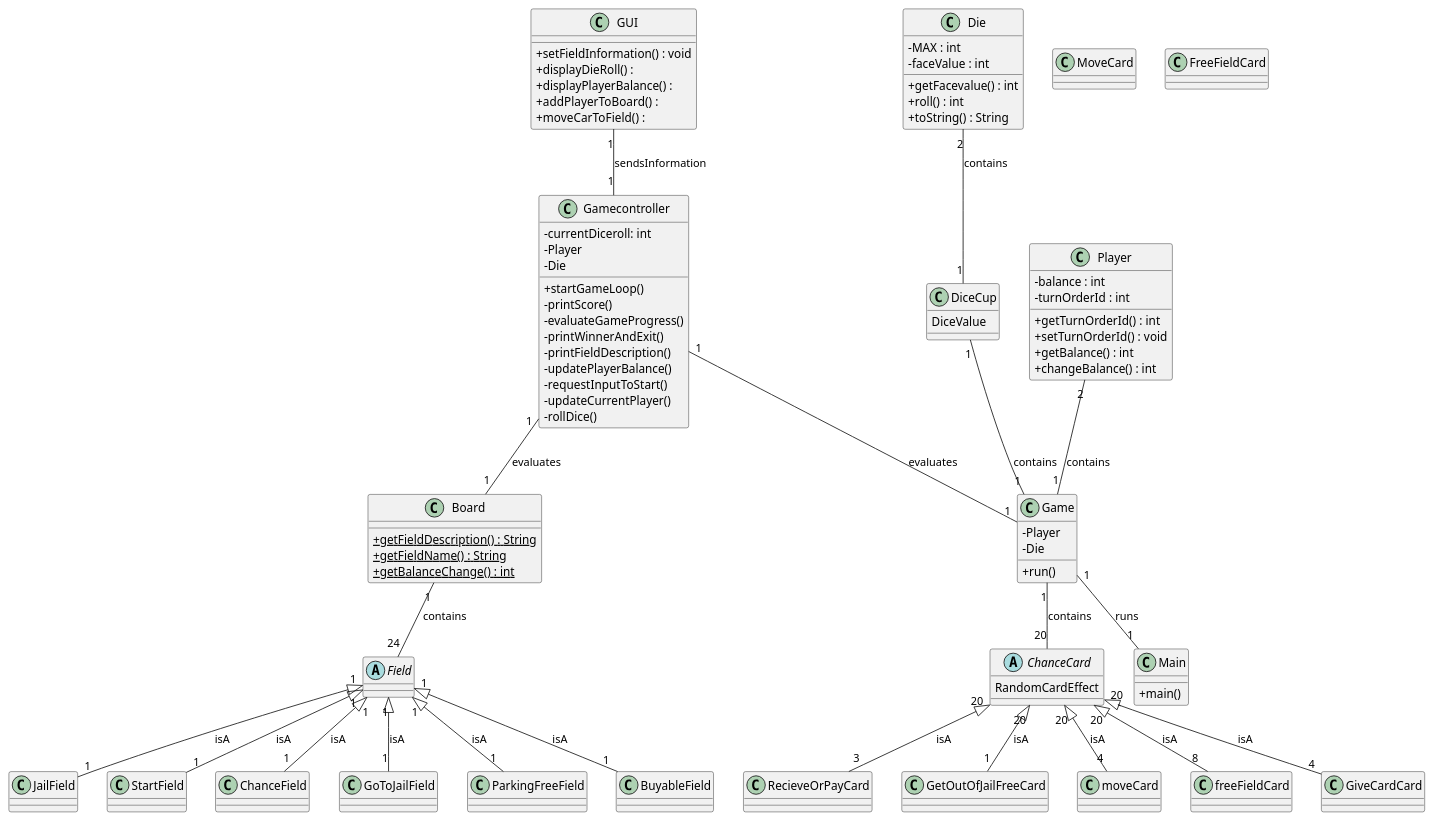
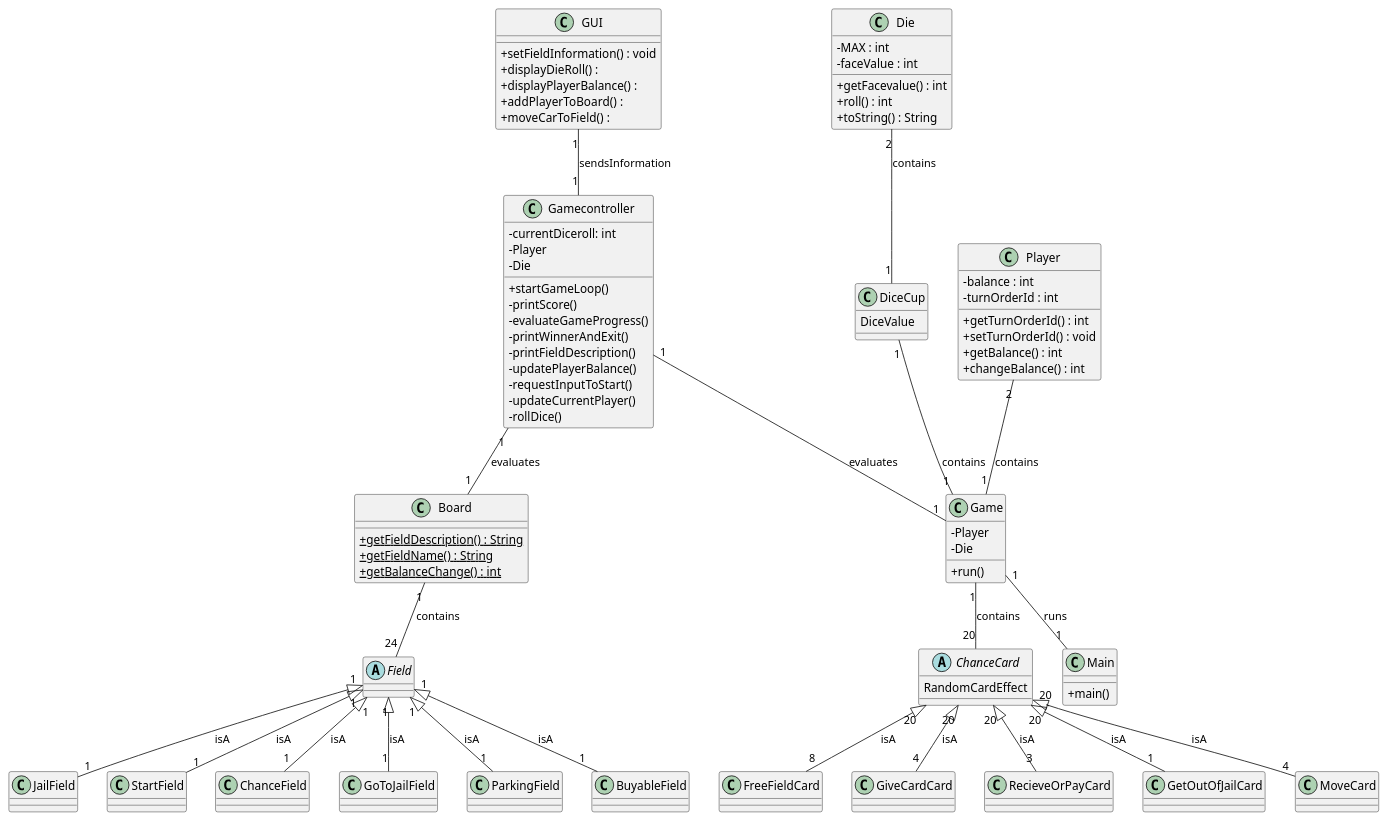
One commit to SkumJustEatMe/G05_del3 changed the diagram in src/models/DesignClassDiagram.puml. Above: the diagram before and after it, drawn with PlantUML.

Commit message:
updatede designDiagram

```diff
--- a/src/models/DesignClassDiagram.puml
+++ b/src/models/DesignClassDiagram.puml
@@ -1,108 +1,108 @@
 @startuml
 'https://plantuml.com/class-diagram
 skinparam classAttributeIconSize 0
 
 class Player{
 - balance : int
 - turnOrderId : int
 + getTurnOrderId() : int
 + setTurnOrderId() : void
 + getBalance() : int
 + changeBalance() : int
 }
 class Gamecontroller{
 - currentDiceroll: int
 - Player
 - Die
 + startGameLoop()
 - printScore()
 - evaluateGameProgress()
 -printWinnerAndExit()
 -printFieldDescription()
 -updatePlayerBalance()
 -requestInputToStart()
 -updateCurrentPlayer()
 -rollDice()
 }
 class Game{
 - Player
 - Die
 + run()
 }
 class Die{
 - MAX : int
 - faceValue : int
 +getFacevalue() : int
 +roll() : int
 +toString() : String
 }
 class Board{
 {static}+ getFieldDescription() : String
 {static}+ getFieldName() : String
 {static}+ getBalanceChange() : int
 }
 class Main{
 + main()
 }
 class GUI{
 +setFieldInformation() : void
 +displayDieRoll() :
 +displayPlayerBalance() :
 +addPlayerToBoard() :
 +moveCarToField() :
 }
 
 abstract class ChanceCard{
 RandomCardEffect
 }
 
 class MoveCard{}
 
 class FreeFieldCard{}
 
 class GiveCardCard{}
 
 class RecieveOrPayCard{}
 
-class GetOutOfJailFreeCard{}
+class GetOutOfJailCard{}
 
 class DiceCup{
 DiceValue
 }
 
 abstract class Field{}
 
 class JailField{}
 
 class StartField{}
 
 class ChanceField{}
 
 class GoToJailField{}
 
-class ParkingFreeField{}
+class ParkingField{}
 
 class BuyableField{}
 
 Die "2"--"1" DiceCup : contains
 DiceCup "1" -- "1" Game : contains
 Gamecontroller "1"--"1" Game : evaluates
 Gamecontroller "1"--"1" Board : evaluates
 Game "1"--"1" Main : runs
 Player "2"--"1" Game : contains
 GUI"1" -- "1"Gamecontroller : sendsInformation
 Board "1" -- "24" Field : contains
 Game "1" -- "20" ChanceCard : contains
 Field "1" <|-- "1" JailField : isA
 Field "1" <|-- "1" StartField : isA
 Field "1" <|-- "1" ChanceField : isA
 Field "1" <|-- "1" GoToJailField : isA
-Field "1" <|-- "1" ParkingFreeField : isA
+Field "1" <|-- "1" ParkingField : isA
 Field "1" <|-- "1" BuyableField : isA
-ChanceCard "20" <|-- "4" moveCard : isA
-ChanceCard "20" <|-- "8" freeFieldCard : isA
+ChanceCard "20" <|-- "4" MoveCard : isA
+ChanceCard "20" <|-- "8" FreeFieldCard : isA
 ChanceCard "20" <|-- "4" GiveCardCard : isA
 ChanceCard "20" <|-- "3" RecieveOrPayCard : isA
-ChanceCard "20" <|-- "1" GetOutOfJailFreeCard : isA
+ChanceCard "20" <|-- "1" GetOutOfJailCard : isA
 
 @enduml
```
